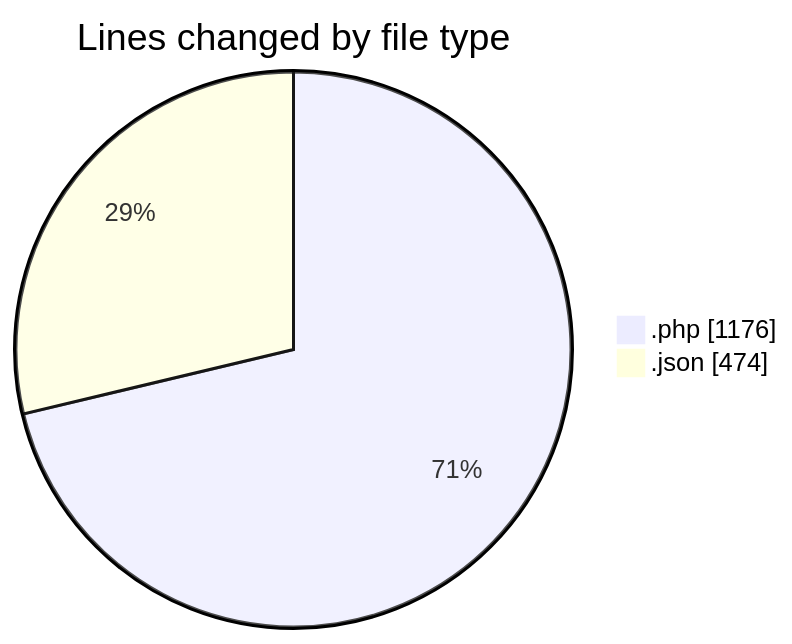
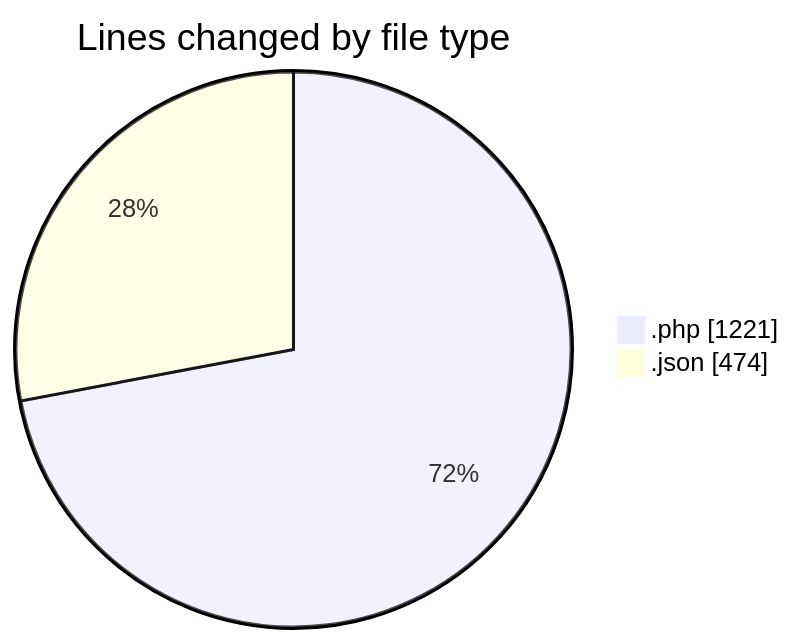
Before and after one commit to idhammustaqopulfikri/code-tracking: the first of 2 diagrams in 2025-06-02/studio-backend/README.md, drawn with Mermaid. The commit also changed other lines of this file and 1 other file, not shown here.

````diff
--- a/2025-06-02/studio-backend/README.md
+++ b/2025-06-02/studio-backend/README.md
@@ -36,6 +37,6 @@
 ```mermaid
 pie showData
 title Lines changed by file type
-".php" : 1176
+".php" : 1221
 ".json" : 474
 ```
````
